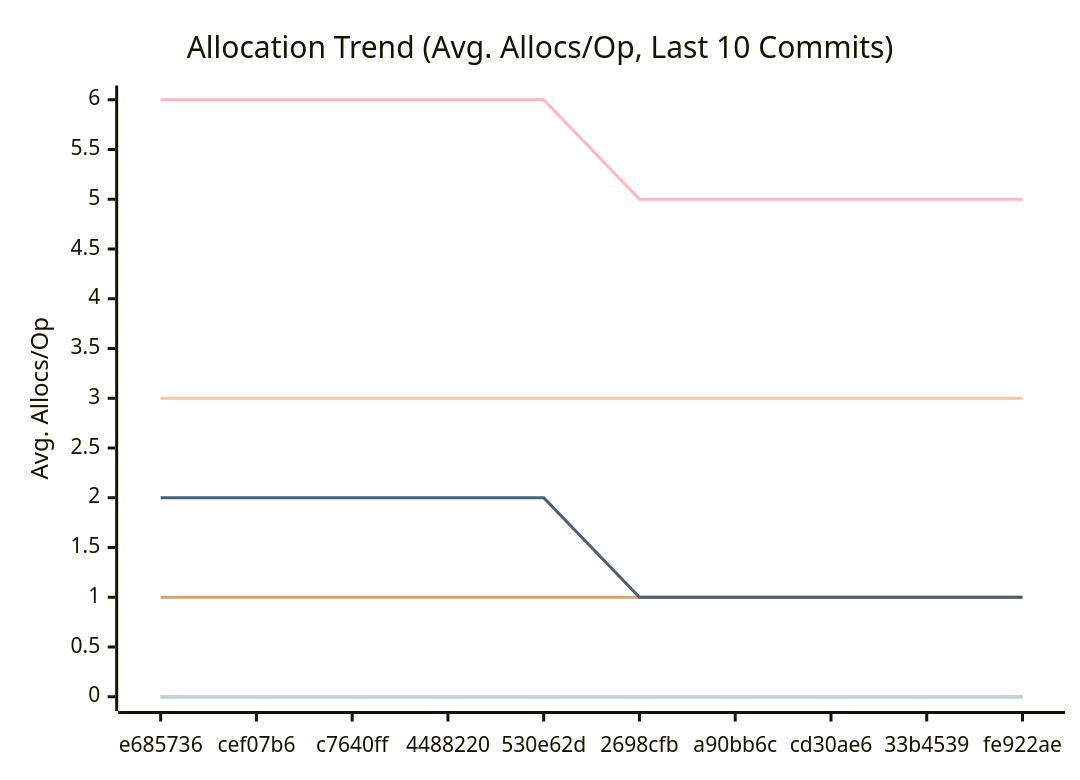
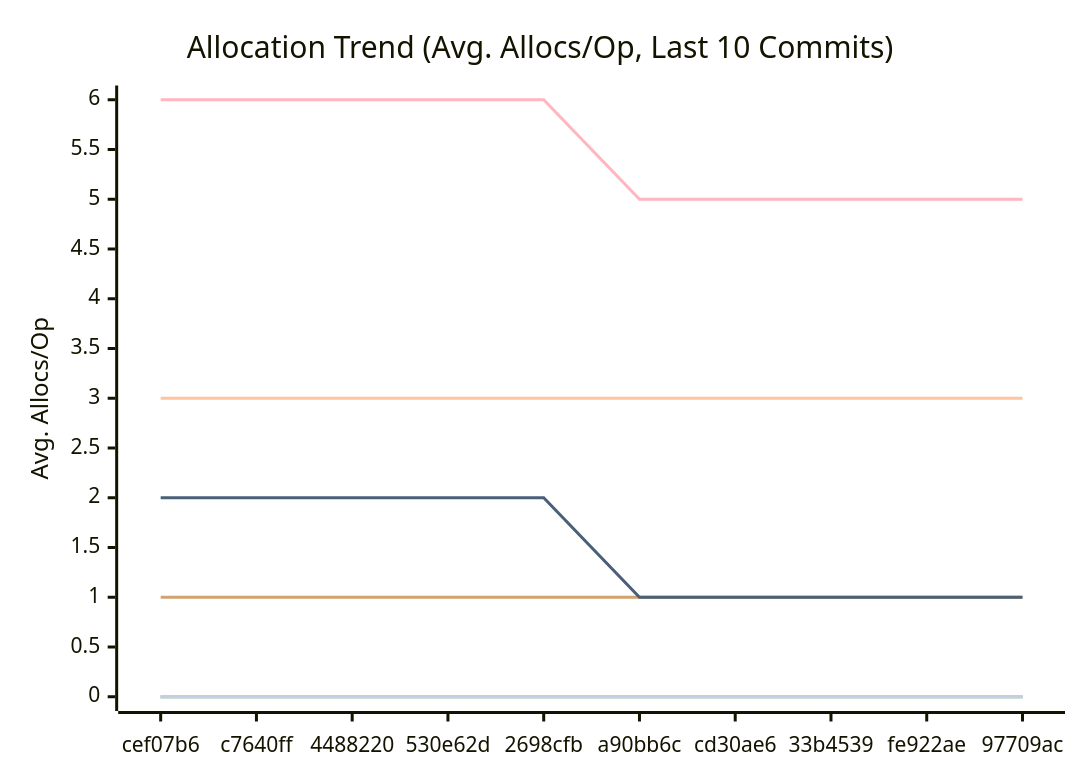
Before and after one commit to alsotoes/momo: the third of 3 diagrams in docs/PERFORMANCE.md, drawn with Mermaid. The commit also changed other lines of this file and 2 other files, not shown here.

````diff
--- a/docs/PERFORMANCE.md
+++ b/docs/PERFORMANCE.md
@@ -114,16 +114,16 @@
 ```mermaid
 xychart-beta
     title "Allocation Trend (Avg. Allocs/Op, Last 10 Commits)"
     x-axis "Commit"
     y-axis "Avg. Allocs/Op"
-    x-axis [e685736,cef07b6,c7640ff,4488220,530e62d,2698cfb,a90bb6c,cd30ae6,33b4539,fe922ae]
+    x-axis [cef07b6,c7640ff,4488220,530e62d,2698cfb,a90bb6c,cd30ae6,33b4539,fe922ae,97709ac]
     line "CheckMetricsAndSwap" [0,0,0,0,0,0,0,0,0,0]
     line "CrushOptimized" [0,0,0,0,0,0,0,0,0,0]
     line "CrushOriginal" [3,3,3,3,3,3,3,3,3,3]
     line "IndexDirectTracking" [0,0,0,0,0,0,0,0,0,0]
     line "IndexSearch" [0,0,0,0,0,0,0,0,0,0]
     line "LoadGlobalConfig" [1,1,1,1,1,1,1,1,1,1]
     line "PadString" [0,0,0,0,0,0,0,0,0,0]
     line "ParseReplicationOrder_NoPrealloc" [6,6,6,6,6,5,5,5,5,5]
     line "ParseReplicationOrder_Prealloc" [2,2,2,2,2,1,1,1,1,1]
 ```
````
